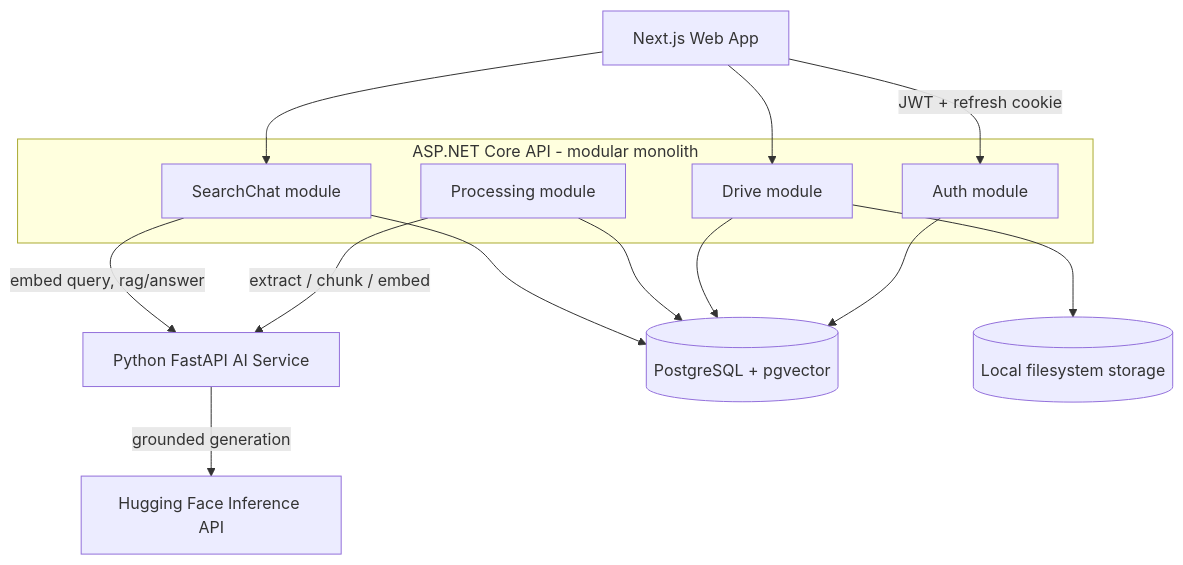
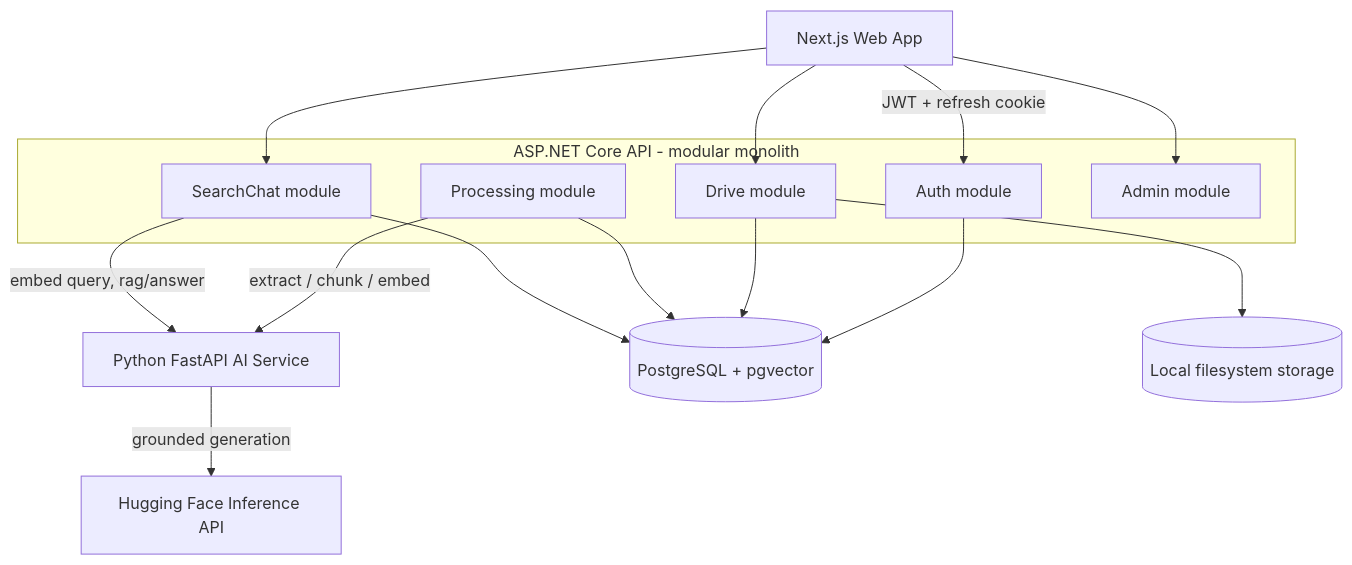
The first of 3 diagrams in README.md (AhmadAbughanam/amanah-drive), drawn with Mermaid before and after one commit. The commit also changed other lines of this file and 19 other files, not shown here.

````diff
--- a/README.md
+++ b/README.md
@@ -38,29 +39,31 @@
 ```mermaid
 flowchart TB
     Web["Next.js Web App"]
 
     subgraph API["ASP.NET Core API - modular monolith"]
         Auth["Auth module"]
         Drive["Drive module"]
         Processing["Processing module"]
         SearchChat["SearchChat module"]
+        Admin["Admin module"]
     end
 
     AI["Python FastAPI AI Service"]
     HF["Hugging Face Inference API"]
     PG[("PostgreSQL + pgvector")]
     FS[("Local filesystem storage")]
 
     Web -- "JWT + refresh cookie" --> Auth
     Web --> Drive
     Web --> SearchChat
+    Web --> Admin
 
     Auth --> PG
     Drive --> PG
     Drive --> FS
     Processing --> PG
     Processing -- "extract / chunk / embed" --> AI
     SearchChat --> PG
     SearchChat -- "embed query, rag/answer" --> AI
     AI -- "grounded generation" --> HF
 ```
````
